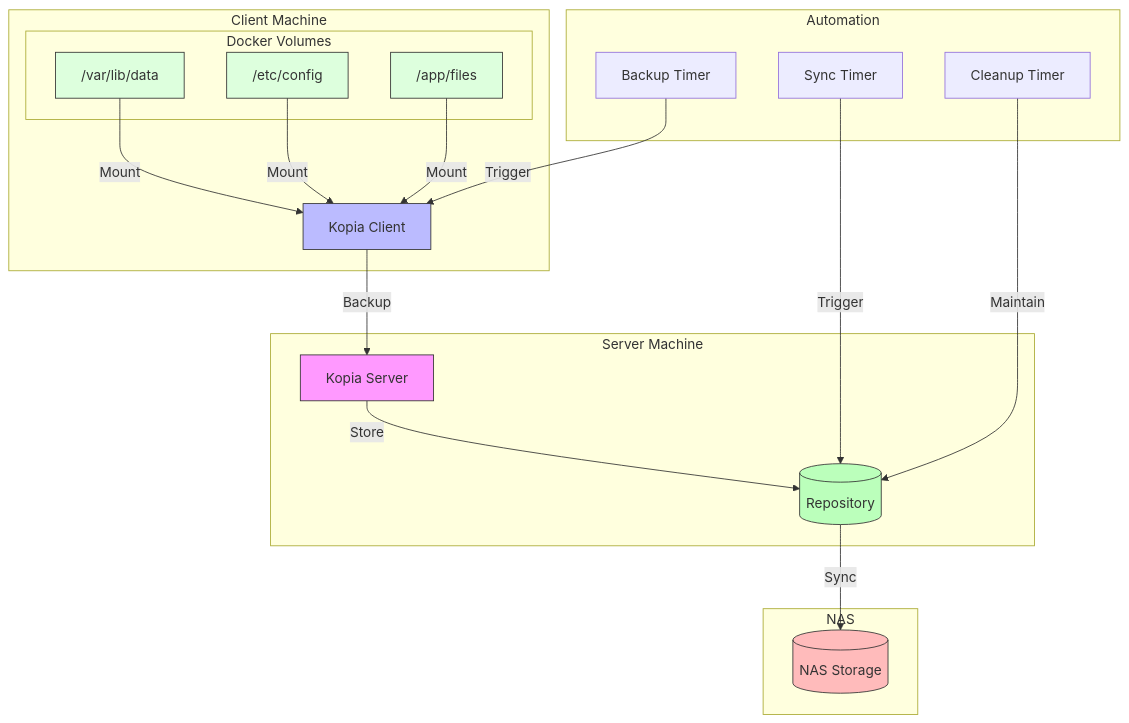
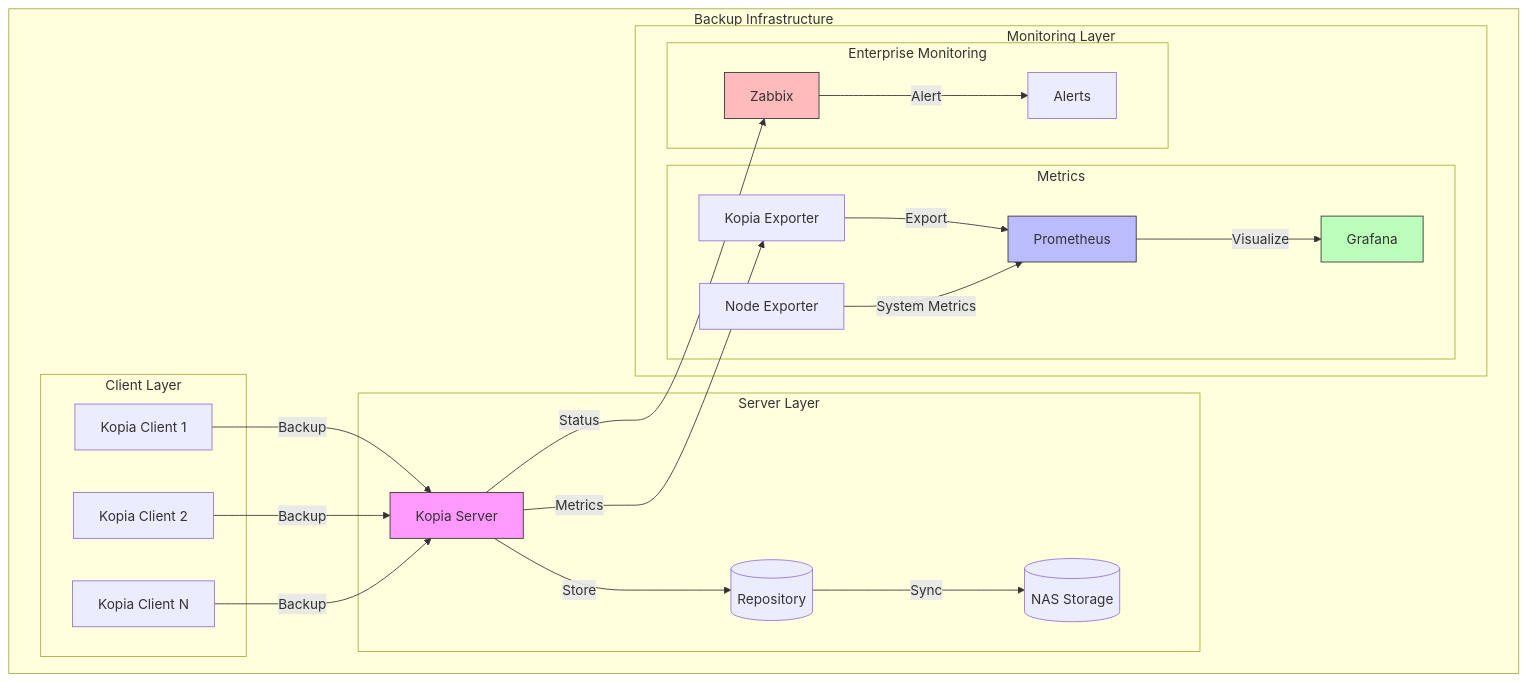
One commit to eblet/kopia-backup-run changed the diagram in README.md. Above: the diagram before and after it, drawn with Mermaid. The commit also changed other lines of this file, not shown here.

````diff
--- a/README.md
+++ b/README.md
@@ -14,39 +12,47 @@
 ```mermaid
 graph TB
-    subgraph "Client Machine"
-        V1["/var/lib/data"] -->|Mount| C
-        V2["/etc/config"] -->|Mount| C
-        V3["/app/files"] -->|Mount| C
-        subgraph "Docker Volumes"
-            V1
-            V2
-            V3
+    subgraph "Backup Infrastructure"
+        subgraph "Client Layer"
+            C1[Kopia Client 1]
+            C2[Kopia Client 2]
+            C3[Kopia Client N]
         end
-        C[Kopia Client]
+
+        subgraph "Server Layer"
+            KS[Kopia Server]
+            R[(Repository)]
+            N[(NAS Storage)]
+        end
+
+        subgraph "Monitoring Layer"
+            subgraph "Metrics"
+                P[Prometheus]
+                G[Grafana]
+                KE[Kopia Exporter]
+                NE[Node Exporter]
+            end
+            
+            subgraph "Enterprise Monitoring"
+                Z[Zabbix]
+                ZA[Alerts]
+            end
+        end
     end
 
-    subgraph "Server Machine"
-        C -->|Backup| S[Kopia Server]
-        S -->|Store| R[(Repository)]
-    end
+    C1 & C2 & C3 -->|Backup| KS
+    KS -->|Store| R
+    R -->|Sync| N
+    
+    KS -->|Metrics| KE
+    KE -->|Export| P
+    NE -->|System Metrics| P
+    P -->|Visualize| G
+    
+    KS -->|Status| Z
+    Z -->|Alert| ZA
 
-    subgraph "NAS"
-        N[(NAS Storage)]
-    end
-
-    R -->|Sync| N
-
-    subgraph "Automation"
-        T1[Backup Timer] -->|Trigger| C
-        T2[Sync Timer] -->|Trigger| R
-        T3[Cleanup Timer] -->|Maintain| R
-    end
-
-    style S fill:#f9f,stroke:#333
-    style C fill:#bbf,stroke:#333
-    style R fill:#bfb,stroke:#333
-    style N fill:#fbb,stroke:#333
-    style V1 fill:#dfd,stroke:#333
-    style V2 fill:#dfd,stroke:#333
-    style V3 fill:#dfd,stroke:#333
+    style KS fill:#f9f,stroke:#333
+    style P fill:#bbf,stroke:#333
+    style G fill:#bfb,stroke:#333
+    style Z fill:#fbb,stroke:#333
 ```
````
